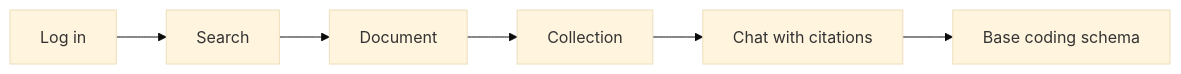
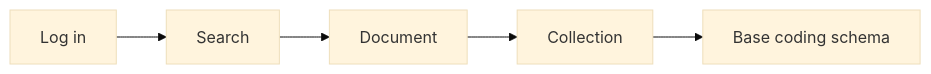
One commit to pwr-ai/juddges-app changed the diagram in docs/tutorials/first-30-minutes.md. Above: the diagram before and after it, drawn with Mermaid (base theme). The commit also changed other lines of this file and 6 other files, not shown here.

````diff
--- a/docs/tutorials/first-30-minutes.md
+++ b/docs/tutorials/first-30-minutes.md
@@ -14,8 +13,7 @@
 ```mermaid
 flowchart LR
     A[Log in] --> B[Search]
     B --> C[Document]
     C --> D[Collection]
-    D --> E[Chat with citations]
-    E --> F[Base coding schema]
+    D --> E[Base coding schema]
 ```
````
